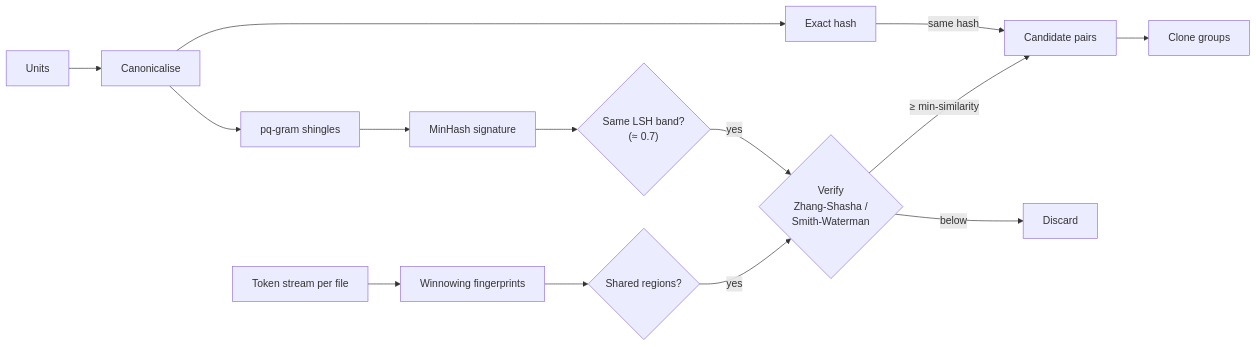
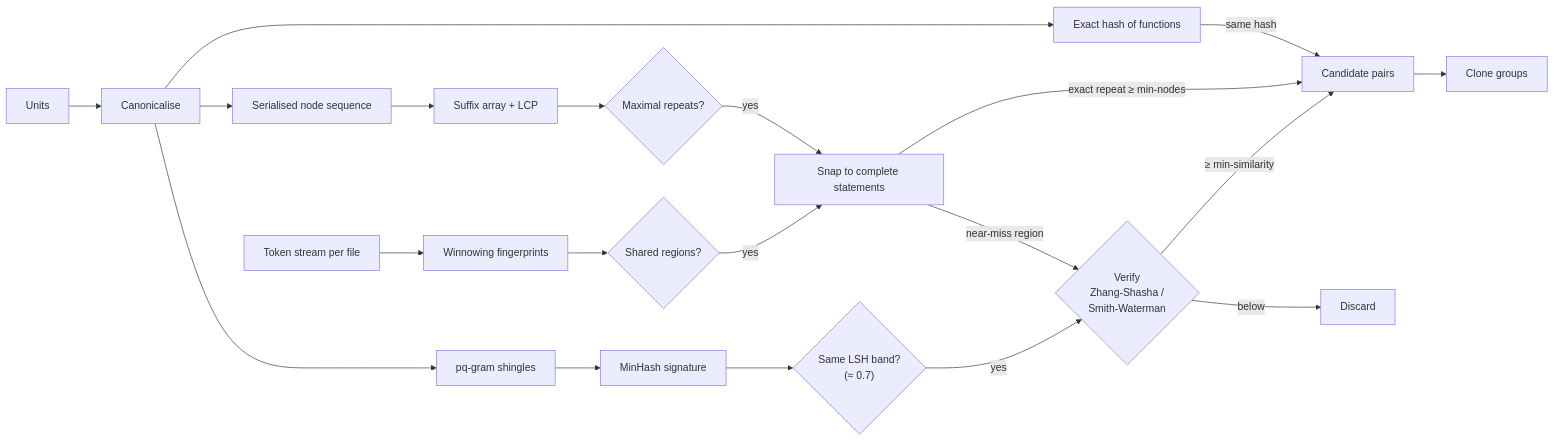
The fourth of 9 diagrams in docs/architecture.md (heikki-laitala/ddslop), drawn with Mermaid before and after one commit. The commit also changed other lines of this file, not shown here.

First line of the commit message:
docs: borrow suffix-array repeats and syntax snapping from dupl

````diff
--- a/docs/architecture.md
+++ b/docs/architecture.md
@@ -361,16 +391,22 @@
 ```mermaid
 flowchart LR
     units[Units] --> canon[Canonicalise]
-    canon --> hash[Exact hash]
+    canon --> hash[Exact hash of functions]
+    canon --> seq[Serialised node sequence]
+    seq --> sa[Suffix array + LCP]
+    sa --> repeats{Maximal repeats?}
     canon --> pq[pq-gram shingles]
     pq --> mh[MinHash signature]
     mh --> lsh{"Same LSH band?<br/>(≈ 0.7)"}
     tokens[Token stream per file] --> win[Winnowing fingerprints]
     win --> regions{Shared regions?}
+    repeats -- yes --> snap[Snap to complete statements]
+    regions -- yes --> snap
     hash -- same hash --> pairs[Candidate pairs]
+    snap -- "exact repeat ≥ min-nodes" --> pairs
+    snap -- "near-miss region" --> verify
     lsh -- yes --> verify{"Verify<br/>Zhang-Shasha /<br/>Smith-Waterman"}
-    regions -- yes --> verify
     verify -- "≥ min-similarity" --> pairs
     verify -- below --> drop[Discard]
     pairs --> groups[Clone groups]
 ```
````
